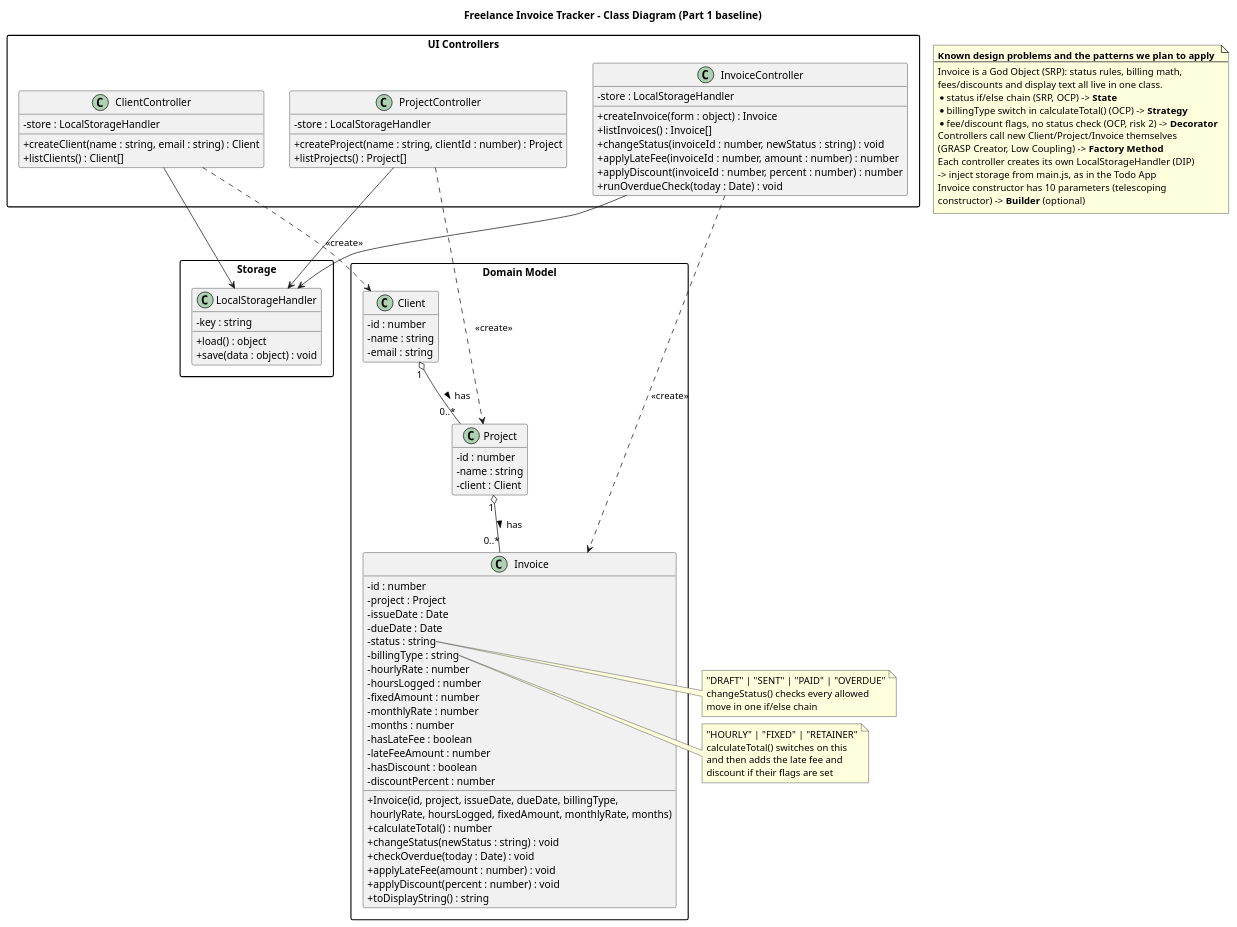
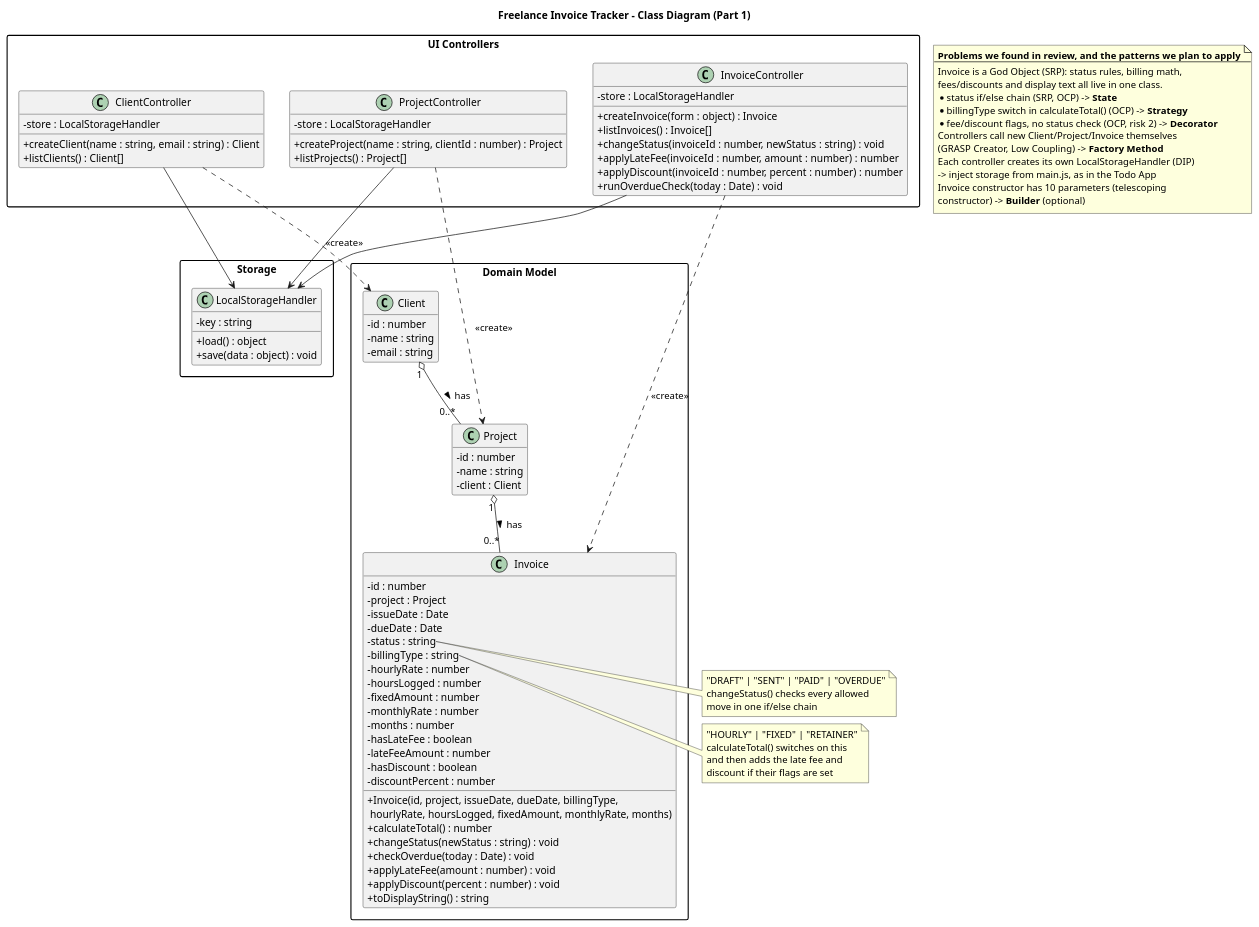
Before and after one commit to vguri/freelance-invoice-tracker: the diagram in diagrams/class-diagram.puml, drawn with PlantUML. The commit also changed 1 other file, not shown here.

Commit message:
Add design review findings to class diagram

```diff
--- a/diagrams/class-diagram.puml
+++ b/diagrams/class-diagram.puml
@@ -1,131 +1,131 @@
 @startuml class-diagram
-title Freelance Invoice Tracker - Class Diagram (Part 1 baseline)
+title Freelance Invoice Tracker - Class Diagram (Part 1)
 
 skinparam classAttributeIconSize 0
 skinparam packageStyle rectangle
 hide empty members
 
 ' =========================
 ' UI controllers (one per page)
 ' =========================
 package "UI Controllers" {
   class ClientController {
     - store : LocalStorageHandler
     + createClient(name : string, email : string) : Client
     + listClients() : Client[]
   }
 
   class ProjectController {
     - store : LocalStorageHandler
     + createProject(name : string, clientId : number) : Project
     + listProjects() : Project[]
   }
 
   class InvoiceController {
     - store : LocalStorageHandler
     + createInvoice(form : object) : Invoice
     + listInvoices() : Invoice[]
     + changeStatus(invoiceId : number, newStatus : string) : void
     + applyLateFee(invoiceId : number, amount : number) : number
     + applyDiscount(invoiceId : number, percent : number) : number
     + runOverdueCheck(today : Date) : void
   }
 }
 
 ' =========================
 ' Storage
 ' =========================
 package "Storage" {
   class LocalStorageHandler {
     - key : string
     + load() : object
     + save(data : object) : void
   }
 }
 
 ' =========================
 ' Domain model
 ' =========================
 package "Domain Model" {
   class Client {
     - id : number
     - name : string
     - email : string
   }
 
   class Project {
     - id : number
     - name : string
     - client : Client
   }
 
   class Invoice {
     - id : number
     - project : Project
     - issueDate : Date
     - dueDate : Date
     - status : string
     - billingType : string
     - hourlyRate : number
     - hoursLogged : number
     - fixedAmount : number
     - monthlyRate : number
     - months : number
     - hasLateFee : boolean
     - lateFeeAmount : number
     - hasDiscount : boolean
     - discountPercent : number
     + Invoice(id, project, issueDate, dueDate, billingType,\n hourlyRate, hoursLogged, fixedAmount, monthlyRate, months)
     + calculateTotal() : number
     + changeStatus(newStatus : string) : void
     + checkOverdue(today : Date) : void
     + applyLateFee(amount : number) : void
     + applyDiscount(percent : number) : void
     + toDisplayString() : string
   }
 }
 
 note right of Invoice::status
   "DRAFT" | "SENT" | "PAID" | "OVERDUE"
   changeStatus() checks every allowed
   move in one if/else chain
 end note
 
 note right of Invoice::billingType
   "HOURLY" | "FIXED" | "RETAINER"
   calculateTotal() switches on this
   and then adds the late fee and
   discount if their flags are set
 end note
 
 ' =========================
 ' Relationships
 ' =========================
 Client "1" o-- "0..*" Project : has >
 Project "1" o-- "0..*" Invoice : has >
 
 ClientController --> LocalStorageHandler
 ProjectController --> LocalStorageHandler
 InvoiceController --> LocalStorageHandler
 
 ClientController ..> Client : <<create>>
 ProjectController ..> Project : <<create>>
 InvoiceController ..> Invoice : <<create>>
 
 note as Planned
-  <b>Known design problems and the patterns we plan to apply</b>
+  <b>Problems we found in review, and the patterns we plan to apply</b>
   ----
   Invoice is a God Object (SRP): status rules, billing math,
   fees/discounts and display text all live in one class.
   * status if/else chain (SRP, OCP) -> <b>State</b>
   * billingType switch in calculateTotal() (OCP) -> <b>Strategy</b>
   * fee/discount flags, no status check (OCP, risk 2) -> <b>Decorator</b>
   Controllers call new Client/Project/Invoice themselves
   (GRASP Creator, Low Coupling) -> <b>Factory Method</b>
   Each controller creates its own LocalStorageHandler (DIP)
   -> inject storage from main.js, as in the Todo App
   Invoice constructor has 10 parameters (telescoping
   constructor) -> <b>Builder</b> (optional)
 end note
 
 @enduml
```
